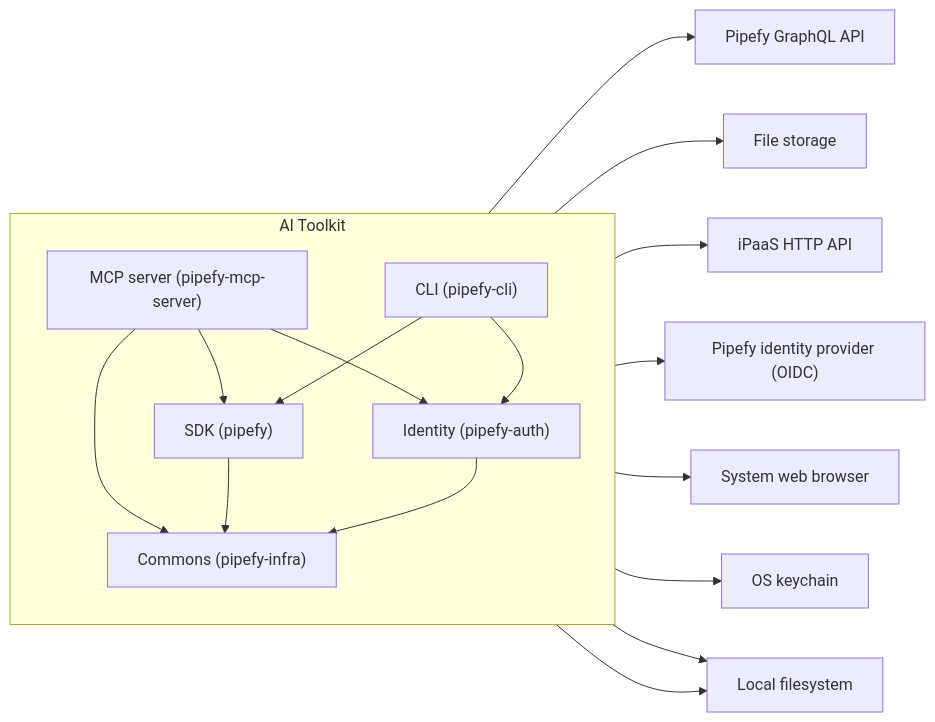
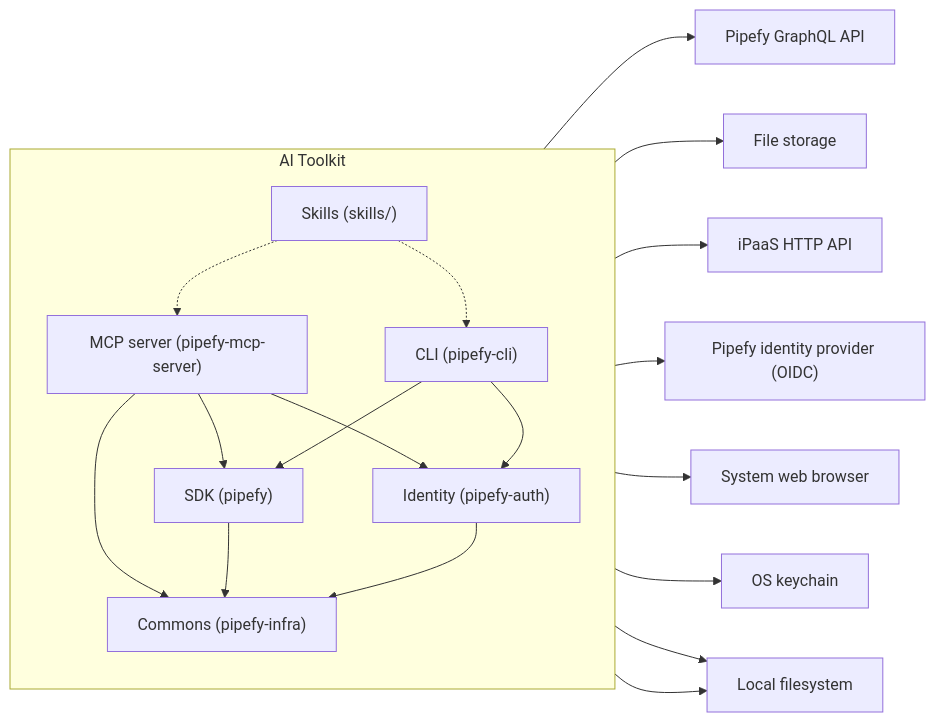
One commit to abhinyaay/ai-toolkit changed the second of 10 diagrams in docs/contributing/architecture.md. Above: the diagram before and after it, drawn with Mermaid. The commit also changed other lines of this file, not shown here.

First line of the commit message:
docs: place the skills at level 1

````diff
--- a/docs/contributing/architecture.md
+++ b/docs/contributing/architecture.md
@@ -174,28 +174,31 @@
 ```mermaid
 flowchart LR
     subgraph toolkit["AI Toolkit"]
         direction TB
+        skills["Skills (skills/)"]
         mcp["MCP server (pipefy-mcp-server)"]
         cli["CLI (pipefy-cli)"]
         sdk["SDK (pipefy)"]
         auth["Identity (pipefy-auth)"]
         infra["Commons (pipefy-infra)"]
 
+        skills -.-> mcp
+        skills -.-> cli
         mcp --> sdk
         mcp --> auth
         mcp --> infra
         cli --> sdk
         cli --> auth
         sdk --> infra
         auth --> infra
     end
 
     sdk --> graphql["Pipefy GraphQL API"]
     sdk --> storage["File storage"]
     mcp --> ipaas["iPaaS HTTP API"]
     auth --> idp["Pipefy identity provider (OIDC)"]
     auth --> browser["System web browser"]
     auth --> keychain["OS keychain"]
     auth --> files["Local filesystem"]
     infra --> files
 ```
````
